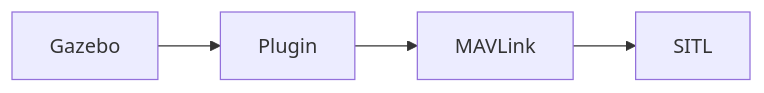
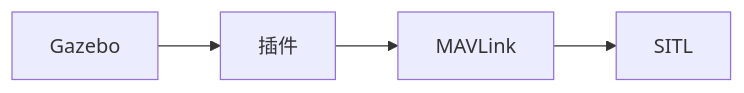
Before and after one commit to FantasyJXF/Translation: the diagram in 4_Simulation/gazebo_simulation.md, drawn with Mermaid. The commit also changed other lines of this file, not shown here.

```diff
--- a/4_Simulation/gazebo_simulation.md
+++ b/4_Simulation/gazebo_simulation.md
@@ -19,6 +19,6 @@
 {% mermaid %}
 graph LR;
-  Gazebo-->Plugin;
-  Plugin-->MAVLink;
+  Gazebo-->插件;
+  插件-->MAVLink;
   MAVLink-->SITL;
 {% endmermaid %}
```
